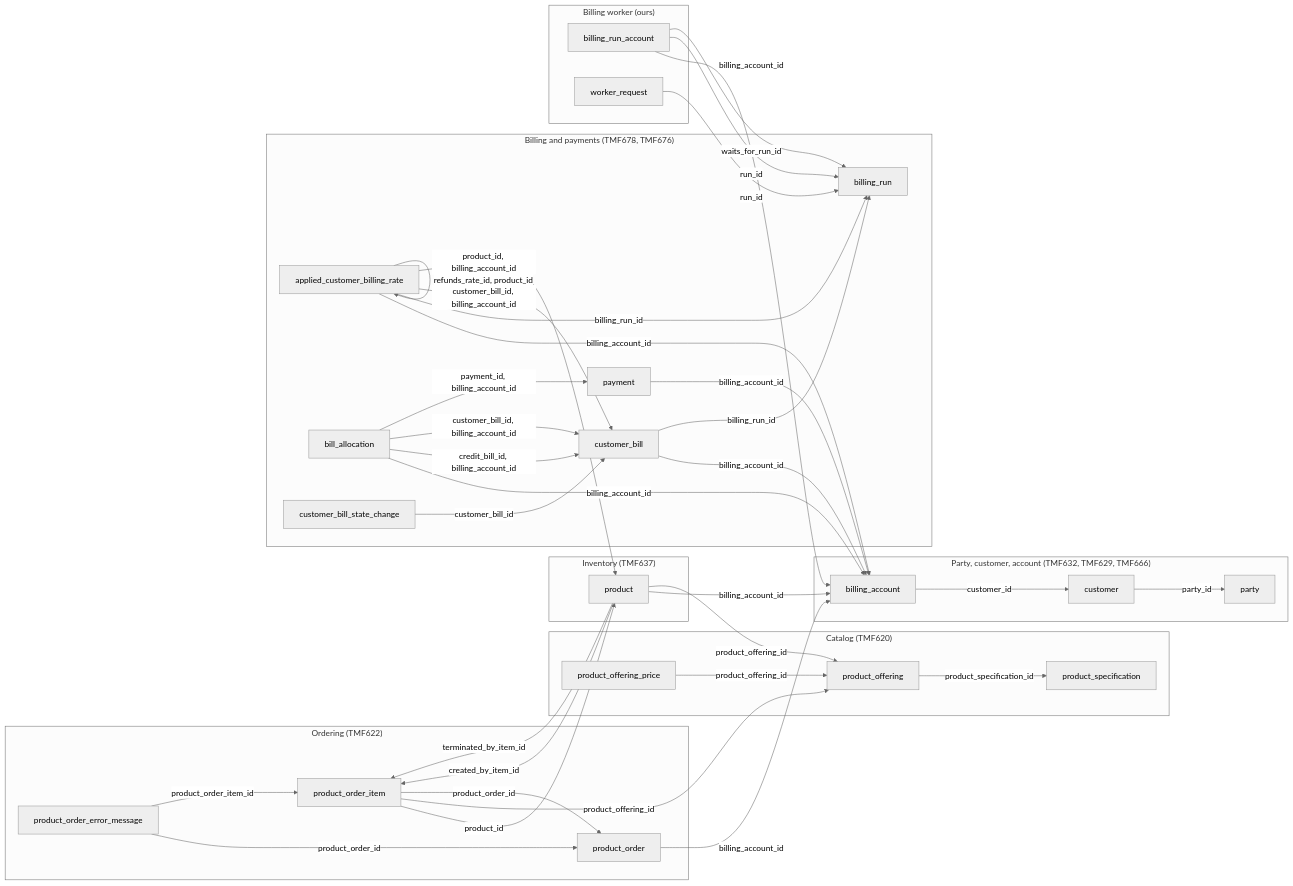
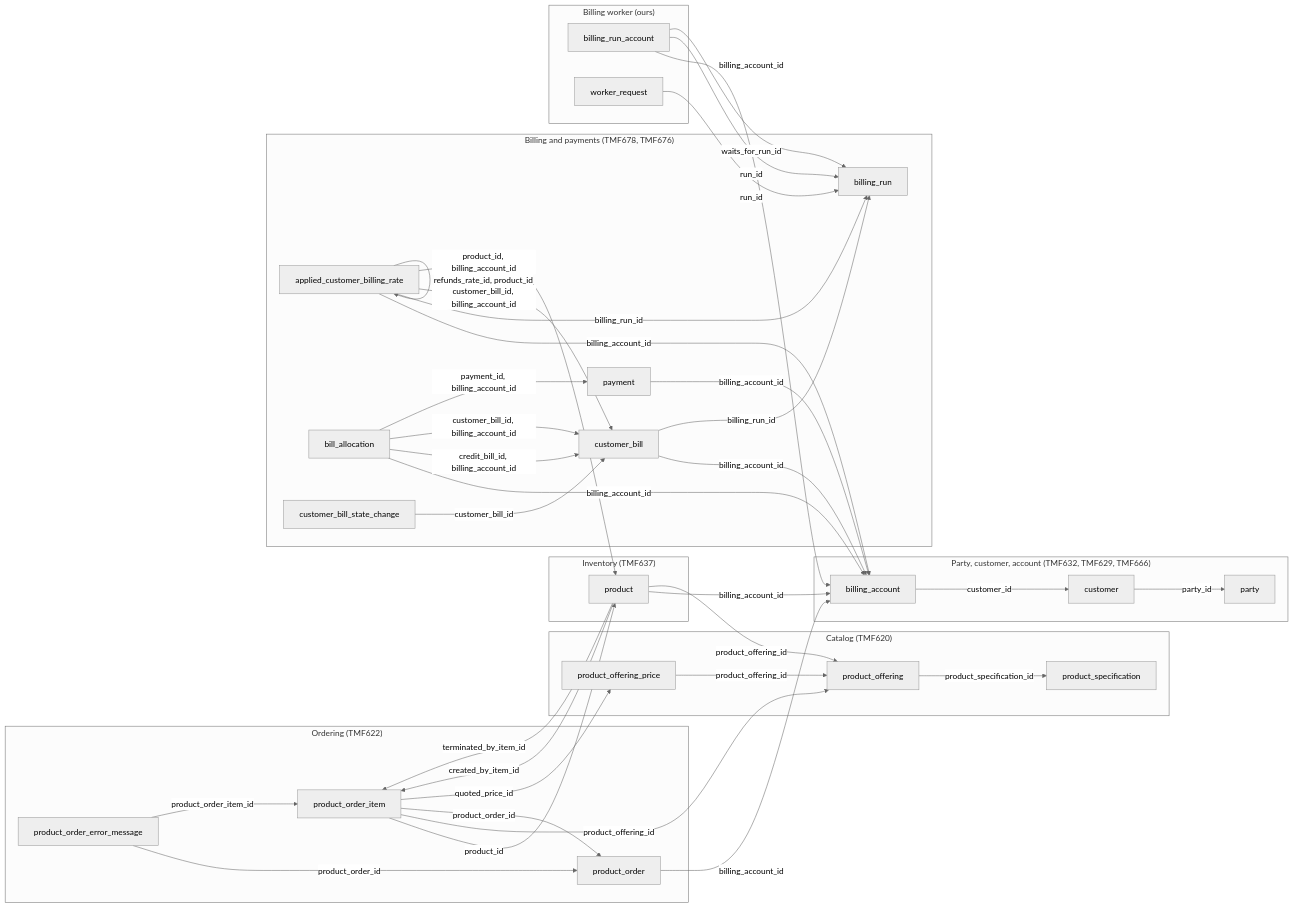
One commit to altharmz/bss changed the first of 7 diagrams in docs/db/README.md. Above: the diagram before and after it, drawn with Mermaid (neutral theme). The commit also changed other lines of this file and 48 other files, not shown here.

````diff
--- a/docs/db/README.md
+++ b/docs/db/README.md
@@ -32,64 +32,65 @@
 ```mermaid
 flowchart LR
   subgraph area_party["Party, customer, account (TMF632, TMF629, TMF666)"]
     party[party]
     customer[customer]
     billing_account[billing_account]
   end
   subgraph area_catalog["Catalog (TMF620)"]
     product_specification[product_specification]
     product_offering[product_offering]
     product_offering_price[product_offering_price]
   end
   subgraph area_ordering["Ordering (TMF622)"]
     product_order[product_order]
     product_order_item[product_order_item]
     product_order_error_message[product_order_error_message]
   end
   subgraph area_inventory["Inventory (TMF637)"]
     product[product]
   end
   subgraph area_billing["Billing and payments (TMF678, TMF676)"]
     billing_run[billing_run]
     applied_customer_billing_rate[applied_customer_billing_rate]
     customer_bill[customer_bill]
     payment[payment]
     bill_allocation[bill_allocation]
     customer_bill_state_change[customer_bill_state_change]
   end
   subgraph area_worker["Billing worker (ours)"]
     billing_run_account[billing_run_account]
     worker_request[worker_request]
   end
   applied_customer_billing_rate -->|"billing_account_id"| billing_account
   applied_customer_billing_rate -->|"billing_run_id"| billing_run
   applied_customer_billing_rate -->|"customer_bill_id, billing_account_id"| customer_bill
   applied_customer_billing_rate -->|"product_id, billing_account_id"| product
   applied_customer_billing_rate -->|"refunds_rate_id, product_id"| applied_customer_billing_rate
   bill_allocation -->|"billing_account_id"| billing_account
   bill_allocation -->|"credit_bill_id, billing_account_id"| customer_bill
   bill_allocation -->|"customer_bill_id, billing_account_id"| customer_bill
   bill_allocation -->|"payment_id, billing_account_id"| payment
   billing_account -->|"customer_id"| customer
   billing_run_account -->|"billing_account_id"| billing_account
   billing_run_account -->|"run_id"| billing_run
   billing_run_account -->|"waits_for_run_id"| billing_run
   customer -->|"party_id"| party
   customer_bill -->|"billing_account_id"| billing_account
   customer_bill -->|"billing_run_id"| billing_run
   customer_bill_state_change -->|"customer_bill_id"| customer_bill
   payment -->|"billing_account_id"| billing_account
   product -->|"billing_account_id"| billing_account
   product -->|"created_by_item_id"| product_order_item
   product -->|"product_offering_id"| product_offering
   product -->|"terminated_by_item_id"| product_order_item
   product_offering -->|"product_specification_id"| product_specification
   product_offering_price -->|"product_offering_id"| product_offering
   product_order -->|"billing_account_id"| billing_account
   product_order_error_message -->|"product_order_id"| product_order
   product_order_error_message -->|"product_order_item_id"| product_order_item
   product_order_item -->|"product_id"| product
   product_order_item -->|"product_offering_id"| product_offering
   product_order_item -->|"product_order_id"| product_order
+  product_order_item -->|"quoted_price_id"| product_offering_price
   worker_request -->|"run_id"| billing_run
 ```
````
